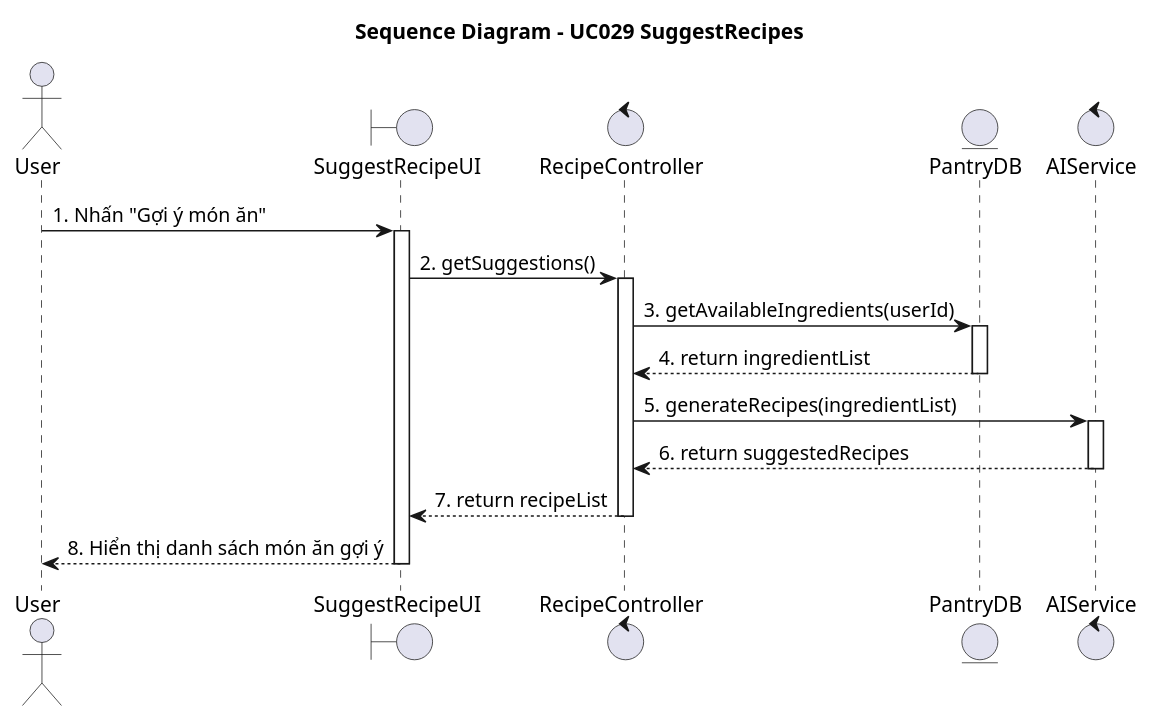
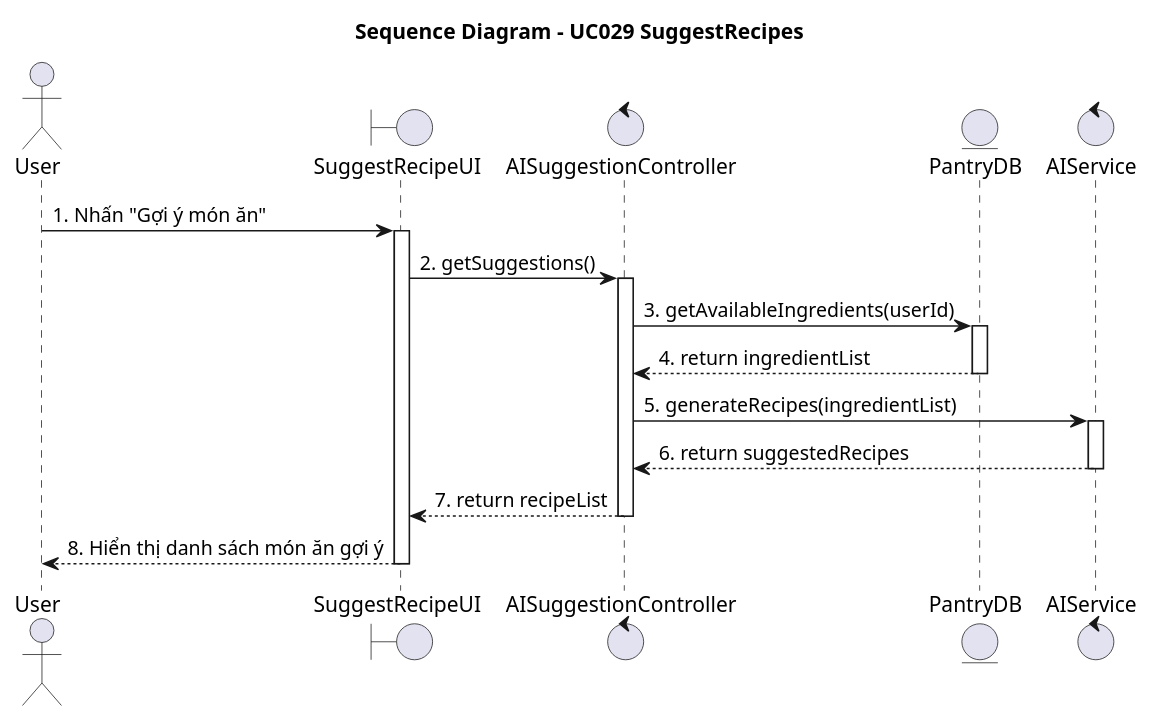
The diagram in diagrams/Module_6_AI_Recipes/UC029_Gợi_ý_món_ăn_dựa_trên_thực_phẩm_hiện_có_Sequence.puml (Alt2210/NaviMart), drawn with PlantUML before and after one commit. The commit also changed 113 other files, not shown here.

```diff
--- a/diagrams/Module_6_AI_Recipes/UC029_Gợi_ý_món_ăn_dựa_trên_thực_phẩm_hiện_có_Sequence.puml
+++ b/diagrams/Module_6_AI_Recipes/UC029_Gợi_ý_món_ăn_dựa_trên_thực_phẩm_hiện_có_Sequence.puml
@@ -1,26 +1,26 @@
 @startuml
 title Sequence Diagram - UC029 SuggestRecipes
 
 actor "User" as Actor
 boundary "SuggestRecipeUI" as UI
-control "RecipeController" as Controller
+control "AISuggestionController" as Controller
 entity "PantryDB" as PantryDB
 control "AIService" as AIService
 
 Actor -> UI : 1. Nhấn "Gợi ý món ăn"
 activate UI
 UI -> Controller : 2. getSuggestions()
 activate Controller
 Controller -> PantryDB : 3. getAvailableIngredients(userId)
 activate PantryDB
 PantryDB --> Controller : 4. return ingredientList
 deactivate PantryDB
 Controller -> AIService : 5. generateRecipes(ingredientList)
 activate AIService
 AIService --> Controller : 6. return suggestedRecipes
 deactivate AIService
 Controller --> UI : 7. return recipeList
 deactivate Controller
 UI --> Actor : 8. Hiển thị danh sách món ăn gợi ý
 deactivate UI
 @enduml
```
